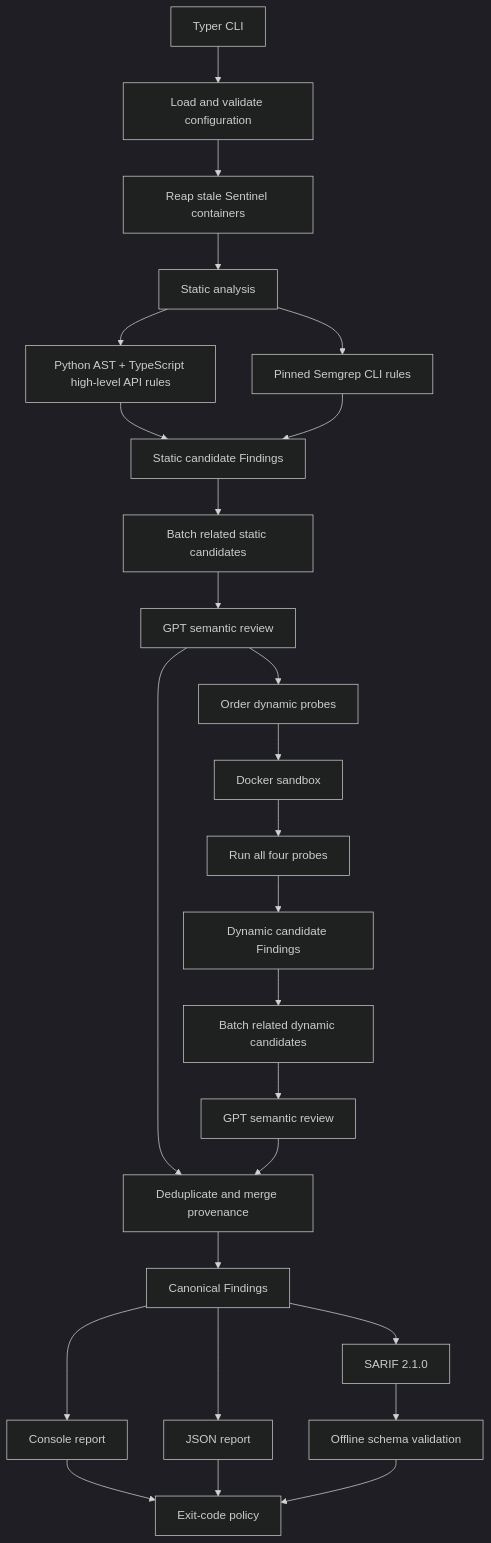
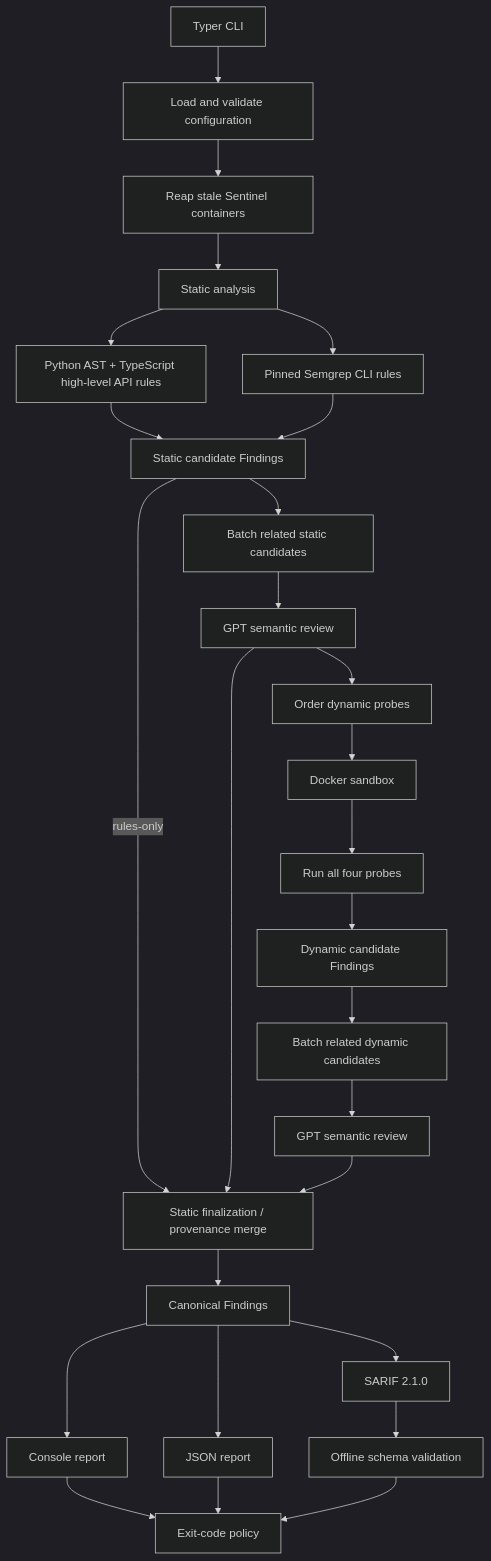
The first of 3 diagrams in ARCHITECTURE.md (BashaarJavaid/MCP-Sentinel), drawn with Mermaid (dark theme) before and after one commit. The commit also changed other lines of this file and 46 other files, not shown here.

Commit message:
Add Phase 18 rules-only scanning and prepare 1.3.0

````diff
--- a/ARCHITECTURE.md
+++ b/ARCHITECTURE.md
@@ -72,28 +72,29 @@
 ```mermaid
 flowchart TD
     CLI[Typer CLI] --> CFG[Load and validate configuration]
     CFG --> REAP[Reap stale Sentinel containers]
     REAP --> STATIC[Static analysis]
     STATIC --> AST[Python AST + TypeScript high-level API rules]
     STATIC --> SEMGREP[Pinned Semgrep CLI rules]
     AST --> SF[Static candidate Findings]
     SEMGREP --> SF
+    SF -->|rules-only| MERGE[Static finalization / provenance merge]
     SF --> BATCH1[Batch related static candidates]
     BATCH1 --> GPT1[GPT semantic review]
     GPT1 --> PRIORITY[Order dynamic probes]
     PRIORITY --> DOCKER[Docker sandbox]
     DOCKER --> PROBES[Run all four probes]
     PROBES --> DF[Dynamic candidate Findings]
     DF --> BATCH2[Batch related dynamic candidates]
     BATCH2 --> GPT2[GPT semantic review]
-    GPT1 --> MERGE[Deduplicate and merge provenance]
+    GPT1 --> MERGE
     GPT2 --> MERGE
     MERGE --> REPORT[Canonical Findings]
     REPORT --> CONSOLE[Console report]
     REPORT --> JSON[JSON report]
     REPORT --> SARIF[SARIF 2.1.0]
     SARIF --> VALIDATE[Offline schema validation]
     CONSOLE --> EXIT[Exit-code policy]
     JSON --> EXIT
     VALIDATE --> EXIT
 ```
````
